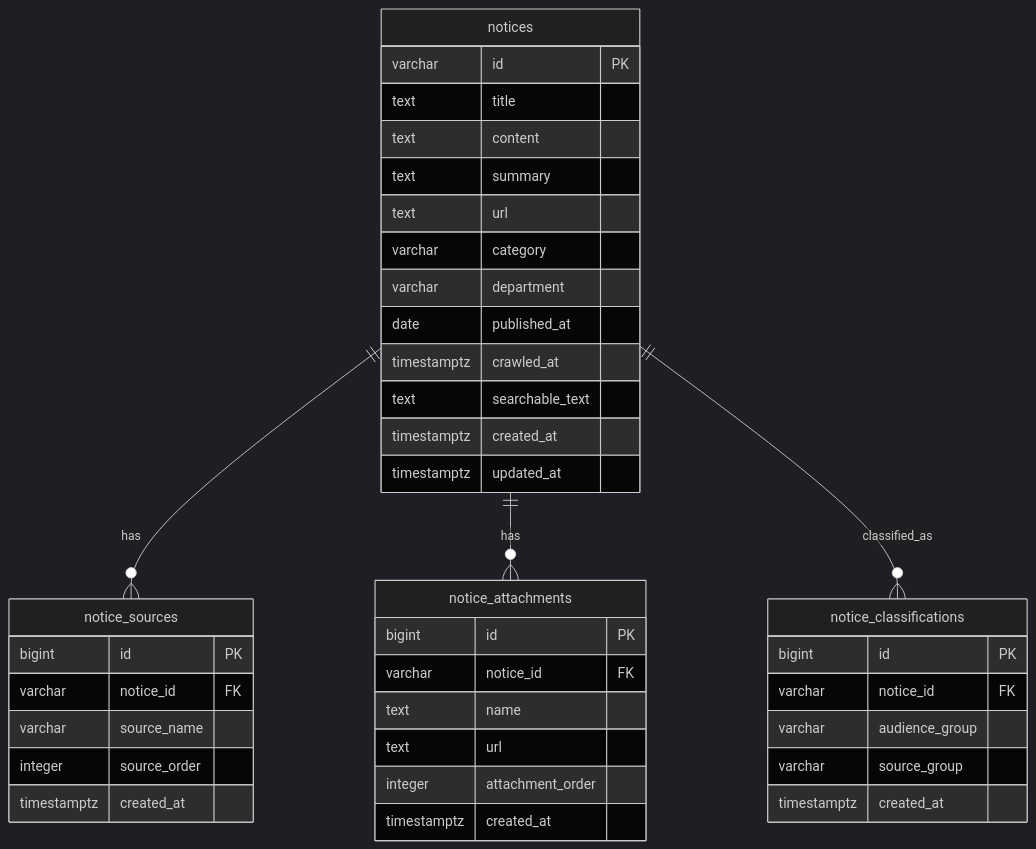
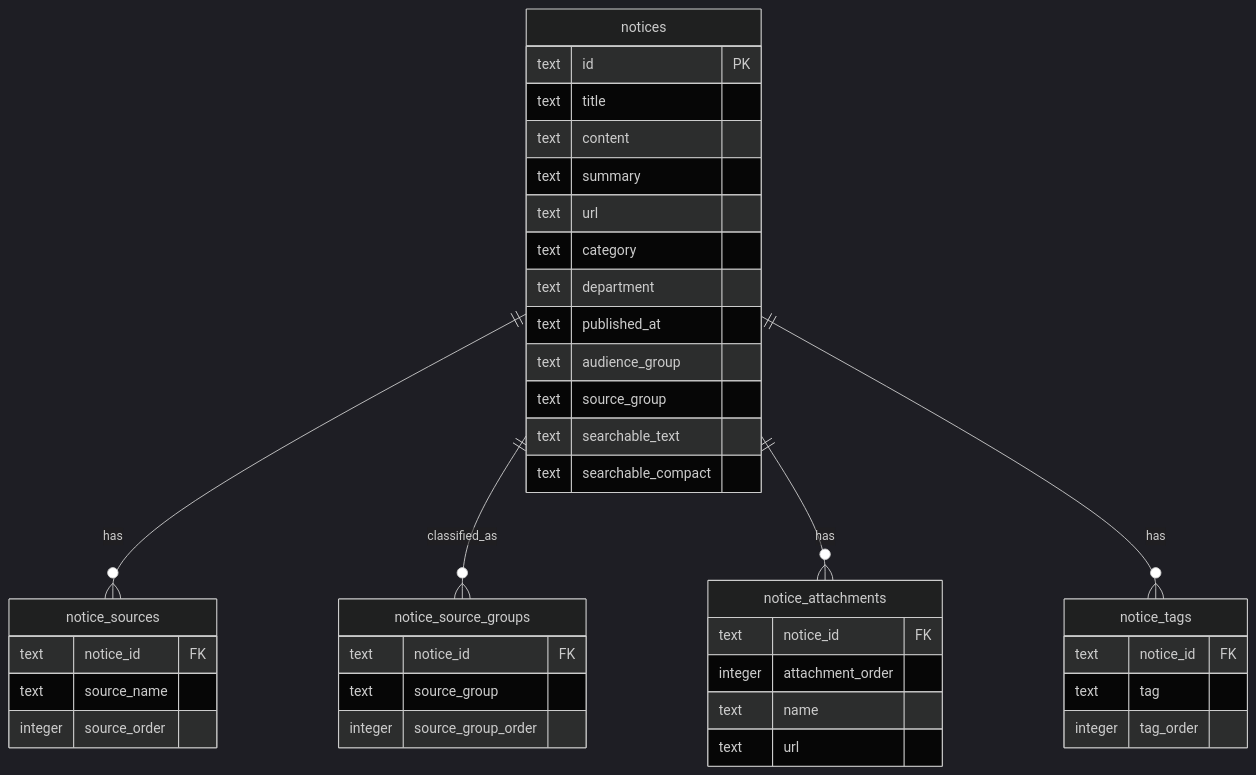
One commit to KAU-HUB-Official/KAU-Notice-Hub-BackEnd changed the diagram in docs/ERD.md. Above: the diagram before and after it, drawn with Mermaid (dark theme). The commit also changed other lines of this file and 14 other files, not shown here.

````diff
--- a/docs/ERD.md
+++ b/docs/ERD.md
@@ -37,46 +41,47 @@
 ```mermaid
 erDiagram
   notices ||--o{ notice_sources : has
+  notices ||--o{ notice_source_groups : classified_as
   notices ||--o{ notice_attachments : has
-  notices ||--o{ notice_classifications : classified_as
+  notices ||--o{ notice_tags : has
 
   notices {
-    varchar id PK
+    text id PK
     text title
     text content
     text summary
     text url
-    varchar category
-    varchar department
-    date published_at
-    timestamptz crawled_at
+    text category
+    text department
+    text published_at
+    text audience_group
+    text source_group
     text searchable_text
-    timestamptz created_at
-    timestamptz updated_at
+    text searchable_compact
   }
 
   notice_sources {
-    bigint id PK
-    varchar notice_id FK
-    varchar source_name
+    text notice_id FK
+    text source_name
     integer source_order
-    timestamptz created_at
   }
 
-  notice_classifications {
-    bigint id PK
-    varchar notice_id FK
-    varchar audience_group
-    varchar source_group
-    timestamptz created_at
+  notice_source_groups {
+    text notice_id FK
+    text source_group
+    integer source_group_order
   }
 
   notice_attachments {
-    bigint id PK
-    varchar notice_id FK
+    text notice_id FK
+    integer attachment_order
     text name
     text url
-    integer attachment_order
-    timestamptz created_at
+  }
+
+  notice_tags {
+    text notice_id FK
+    text tag
+    integer tag_order
   }
 ```
````
